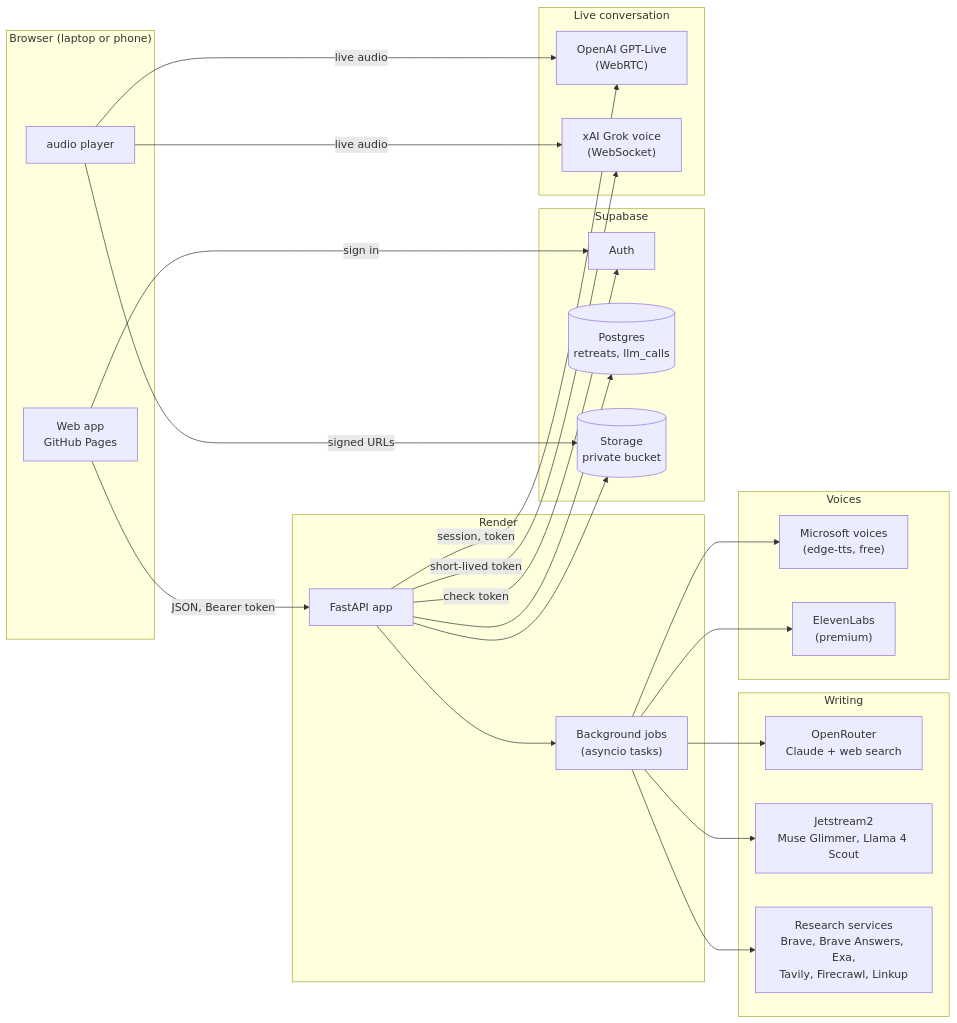
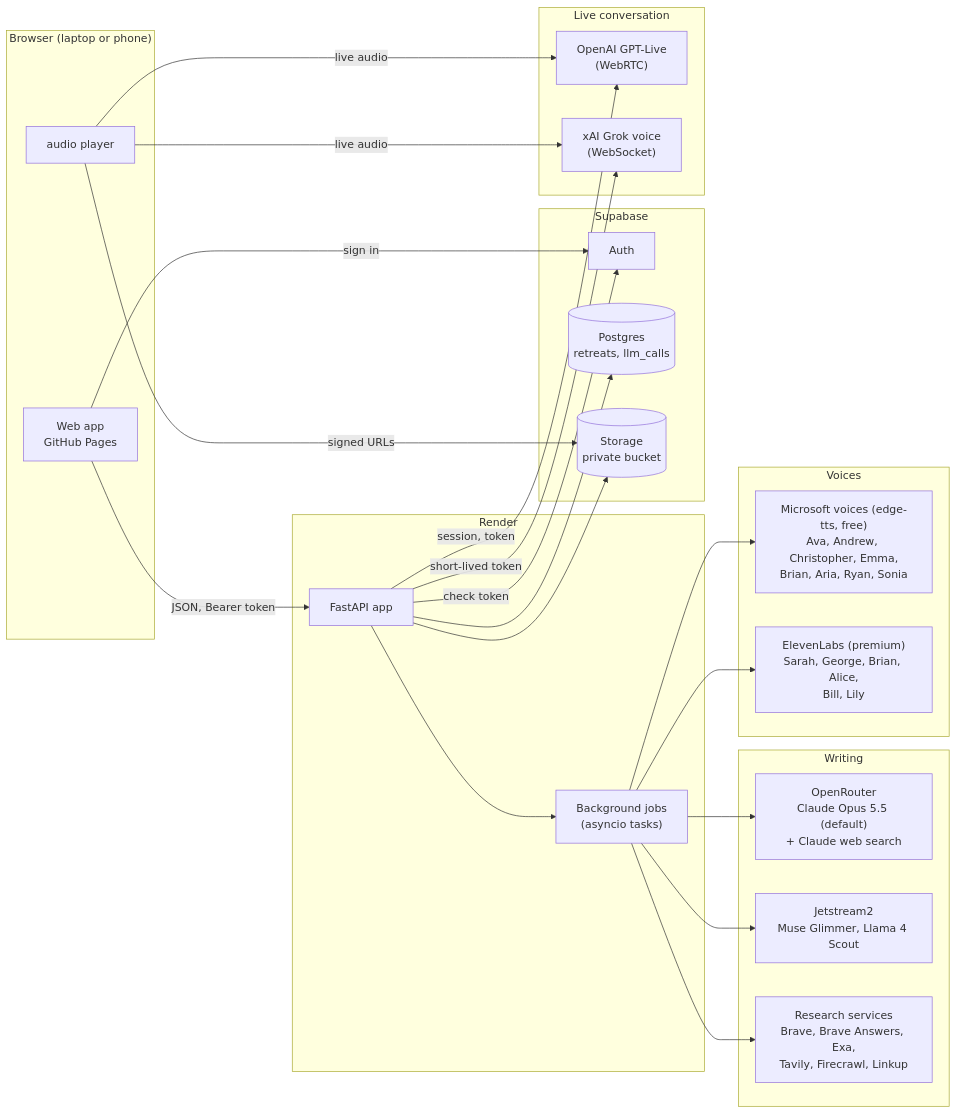
One commit to bcollier/ignatius-hw4-api changed the first of 11 diagrams in README.md. Above: the diagram before and after it, drawn with Mermaid. The commit also changed other lines of this file and 3 other files, not shown here.

First line of the commit message:
README: the day diagram says what each part is, with links to the research services, voices and prompts; Opus 5.5 is the default everywhere

````diff
--- a/README.md
+++ b/README.md
@@ -59,45 +59,45 @@
 ```mermaid
 flowchart LR
     subgraph Browser["Browser (laptop or phone)"]
         UI["Web app<br/>GitHub Pages"]
         AUDIO["audio player"]
     end
     subgraph RENDER["Render"]
         API["FastAPI app"]
         JOBS["Background jobs<br/>(asyncio tasks)"]
     end
     subgraph SUPA["Supabase"]
         AUTH["Auth"]
         DB[("Postgres<br/>retreats, llm_calls")]
         ST[("Storage<br/>private bucket")]
     end
     subgraph WRITE["Writing"]
-        OR["OpenRouter<br/>Claude + web search"]
+        OR["OpenRouter<br/>Claude Opus 5.5 (default)<br/>+ Claude web search"]
         JS["Jetstream2<br/>Muse Glimmer, Llama 4 Scout"]
         RS["Research services<br/>Brave, Brave Answers, Exa,<br/>Tavily, Firecrawl, Linkup"]
     end
     subgraph VOICE["Voices"]
-        EDGE["Microsoft voices<br/>(edge-tts, free)"]
-        ELEVEN["ElevenLabs<br/>(premium)"]
+        EDGE["Microsoft voices (edge-tts, free)<br/>Ava, Andrew, Christopher, Emma,<br/>Brian, Aria, Ryan, Sonia"]
+        ELEVEN["ElevenLabs (premium)<br/>Sarah, George, Brian, Alice,<br/>Bill, Lily"]
     end
     subgraph LIVE["Live conversation"]
         GPT["OpenAI GPT-Live<br/>(WebRTC)"]
         GROK["xAI Grok voice<br/>(WebSocket)"]
     end
     UI -- "JSON, Bearer token" --> API
     UI -- "sign in" --> AUTH
     API -- "check token" --> AUTH
     API --> DB
     API --> ST
     API --> JOBS
     JOBS --> OR
     JOBS --> JS
     JOBS --> RS
     JOBS --> EDGE
     JOBS --> ELEVEN
     AUDIO -- "signed URLs" --> ST
     API -- "session, token" --> GPT
     API -- "short-lived token" --> GROK
     AUDIO -- "live audio" --> GPT
     AUDIO -- "live audio" --> GROK
 ```
````
